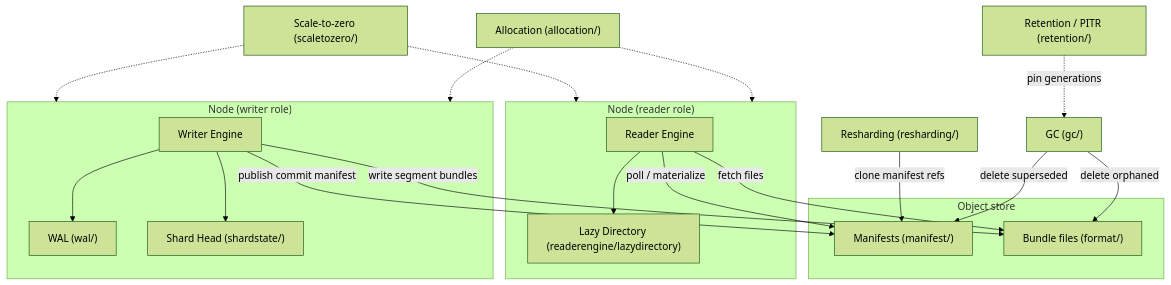
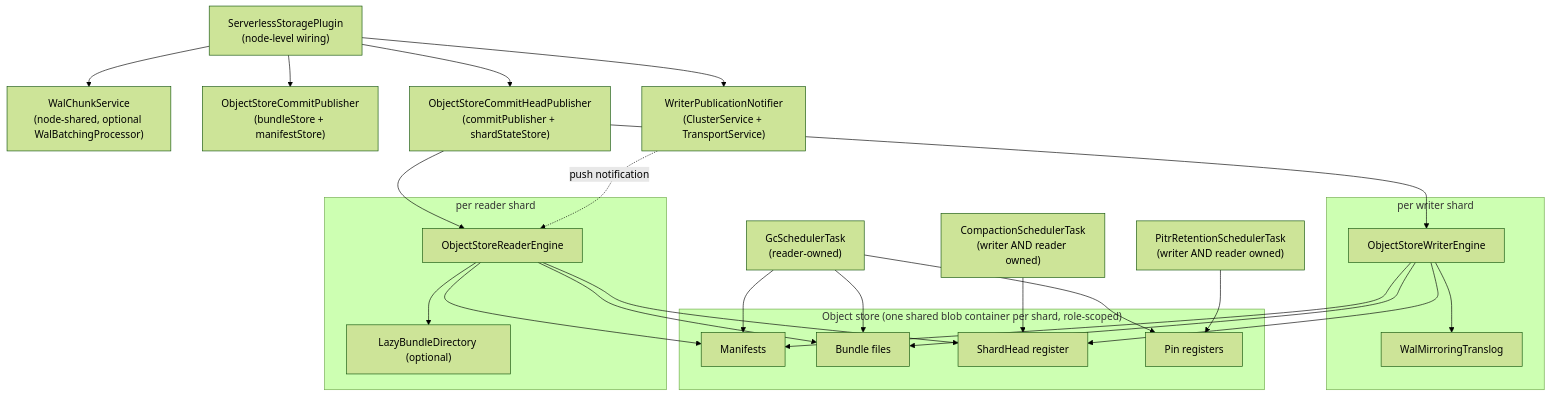
One commit to huyz0/OpenSearch changed the second of 2 diagrams in docs-site/src/content/docs/design/architecture.md. Above: the diagram before and after it, drawn with Mermaid (forest theme). The commit also changed other lines of this file and 39 other files, not shown here.

````diff
--- a/docs-site/src/content/docs/design/architecture.md
+++ b/docs-site/src/content/docs/design/architecture.md
@@ -8,36 +33,44 @@
 ```mermaid
 flowchart TB
-    subgraph Node["Node (writer role)"]
-        WE["Writer Engine"]
-        WAL["WAL (wal/)"]
-        SH["Shard Head (shardstate/)"]
-        WE --> WAL
-        WE --> SH
+    Plugin["ServerlessStoragePlugin<br/>(node-level wiring)"]
+
+    Plugin --> WCS["WalChunkService<br/>(node-shared, optional WalBatchingProcessor)"]
+    Plugin --> CP["ObjectStoreCommitPublisher<br/>(bundleStore + manifestStore)"]
+    Plugin --> CHP["ObjectStoreCommitHeadPublisher<br/>(commitPublisher + shardStateStore)"]
+    Plugin --> WPN["WriterPublicationNotifier<br/>(ClusterService + TransportService)"]
+
+    subgraph PerWriterShard["per writer shard"]
+        WE["ObjectStoreWriterEngine"]
+        WMT["WalMirroringTranslog"]
+        WE --> WMT
+    end
+    subgraph PerReaderShard["per reader shard"]
+        RE["ObjectStoreReaderEngine"]
+        LBD["LazyBundleDirectory (optional)"]
+        RE --> LBD
     end
 
-    subgraph Node2["Node (reader role)"]
-        RE["Reader Engine"]
-        LD["Lazy Directory (readerengine/lazydirectory)"]
-        RE --> LD
+    CHP --> WE
+    CHP --> RE
+    WPN -.->|"push notification"| RE
+
+    subgraph ObjectStore["Object store (one shared blob container per shard, role-scoped)"]
+        MF["Manifests"]
+        BS["Bundle files"]
+        SHD["ShardHead register"]
+        PIN["Pin registers"]
     end
 
-    subgraph ObjectStore["Object store"]
-        MF["Manifests (manifest/)"]
-        BS["Bundle files (format/)"]
-    end
+    WE --> MF
+    WE --> BS
+    WE --> SHD
+    RE --> MF
+    RE --> BS
+    RE --> SHD
 
-    WE -- "publish commit manifest" --> MF
-    WE -- "write segment bundles" --> BS
-    RE -- "poll / materialize" --> MF
-    RE -- "fetch files" --> BS
-
-    GC["GC (gc/)"] -- "delete superseded" --> MF
-    GC -- "delete orphaned" --> BS
-    RET["Retention / PITR (retention/)"] -. "pin generations" .-> GC
-
-    ALLOC["Allocation (allocation/)"] -.-> Node
-    ALLOC -.-> Node2
-    S2Z["Scale-to-zero (scaletozero/)"] -.-> Node
-    S2Z -.-> Node2
-    RESH["Resharding (resharding/)"] -- "clone manifest refs" --> MF
+    GC["GcSchedulerTask<br/>(reader-owned)"] --> MF
+    GC --> BS
+    GC --> PIN
+    PITR["PitrRetentionSchedulerTask<br/>(writer AND reader owned)"] --> PIN
+    COMP["CompactionSchedulerTask<br/>(writer AND reader owned)"] --> SHD
 ```
````
